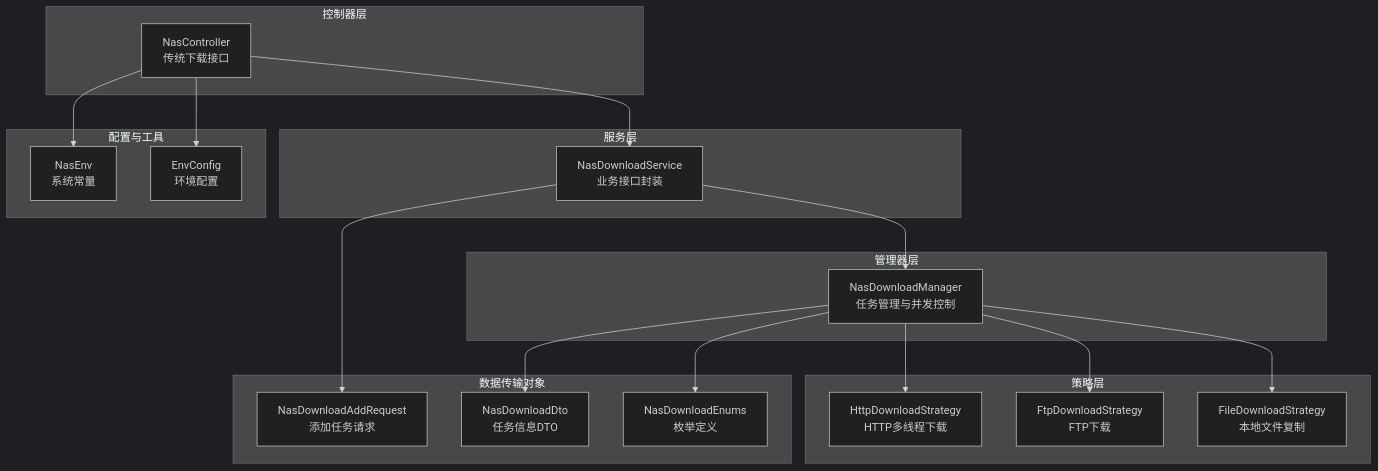
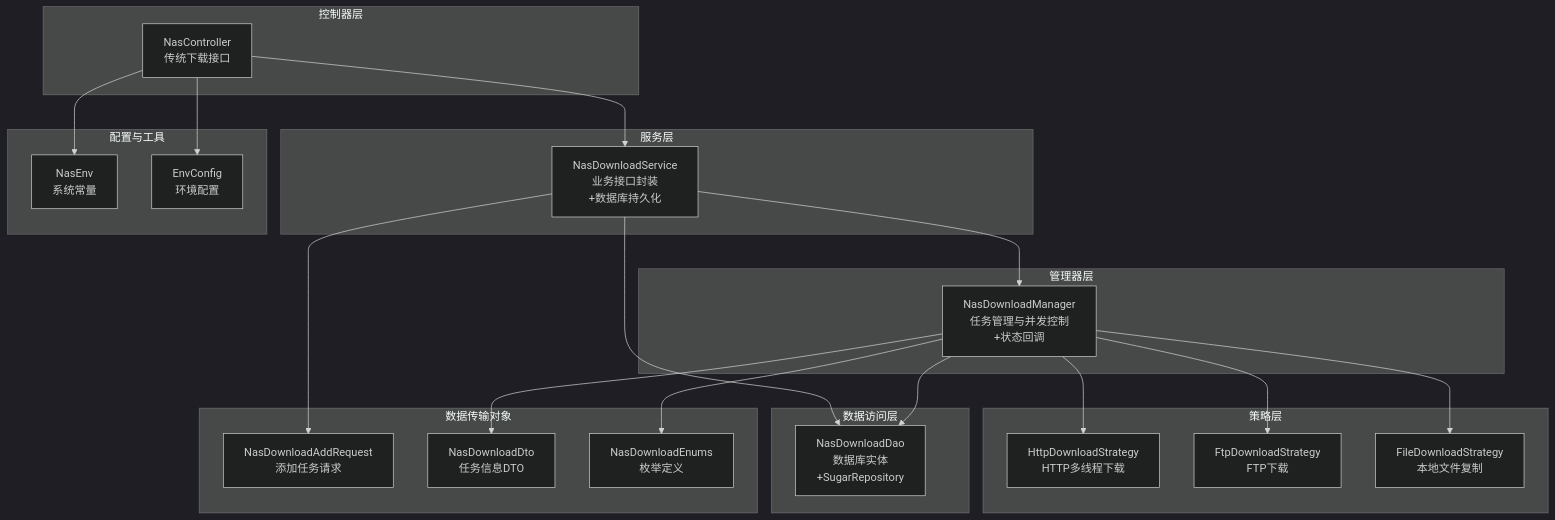
The first of 10 diagrams in .qoder/repowiki/zh/content/文件管理系统/文件上传下载/文件下载.md (leadiot/Scm.Net), drawn with Mermaid (dark theme) before and after one commit. The commit also changed other lines of this file and 10 other files, not shown here.

````diff
--- a/.qoder/repowiki/zh/content/文件管理系统/文件上传下载/文件下载.md
+++ b/.qoder/repowiki/zh/content/文件管理系统/文件上传下载/文件下载.md
@@ -72,36 +78,41 @@
 ```mermaid
 graph TB
 subgraph "控制器层"
 NC["NasController<br/>传统下载接口"]
 end
 subgraph "服务层"
-NDS["NasDownloadService<br/>业务接口封装"]
+NDS["NasDownloadService<br/>业务接口封装<br/>+数据库持久化"]
 end
 subgraph "管理器层"
-NDM["NasDownloadManager<br/>任务管理与并发控制"]
+NDM["NasDownloadManager<br/>任务管理与并发控制<br/>+状态回调"]
 end
 subgraph "策略层"
 HDS["HttpDownloadStrategy<br/>HTTP多线程下载"]
 FTPS["FtpDownloadStrategy<br/>FTP下载"]
 FDS["FileDownloadStrategy<br/>本地文件复制"]
+end
+subgraph "数据访问层"
+NDDao["NasDownloadDao<br/>数据库实体<br/>+SugarRepository"]
 end
 subgraph "数据传输对象"
 NAD["NasDownloadAddRequest<br/>添加任务请求"]
 NDD["NasDownloadDto<br/>任务信息DTO"]
 NDE["NasDownloadEnums<br/>枚举定义"]
 end
 subgraph "配置与工具"
 NE["NasEnv<br/>系统常量"]
 EC["EnvConfig<br/>环境配置"]
 end
 NC --> NDS
 NDS --> NDM
+NDS --> NDDao
 NDM --> HDS
 NDM --> FTPS
 NDM --> FDS
+NDM --> NDDao
 NDS --> NAD
 NDM --> NDD
 NDM --> NDE
 NC --> NE
 NC --> EC
 ```
````
